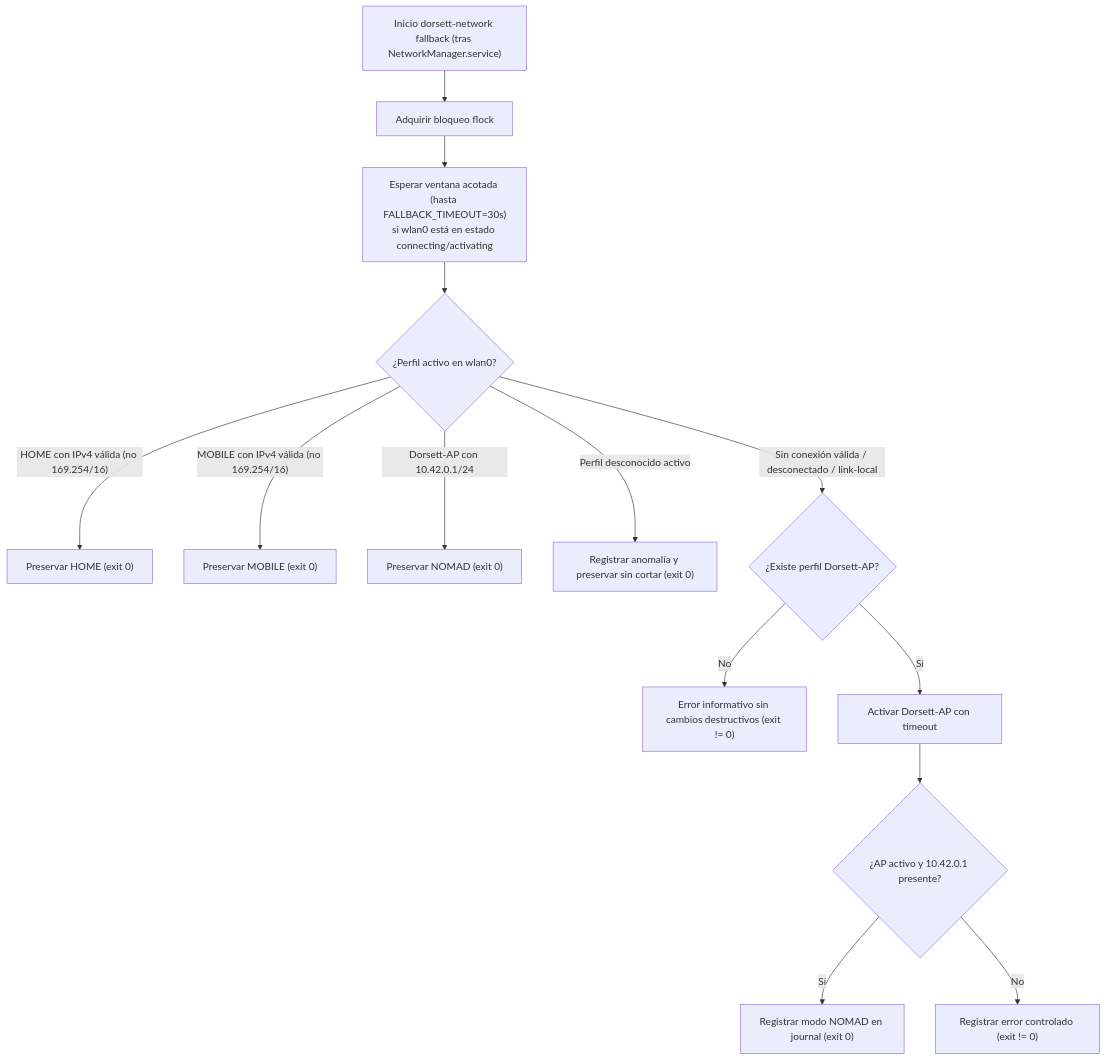
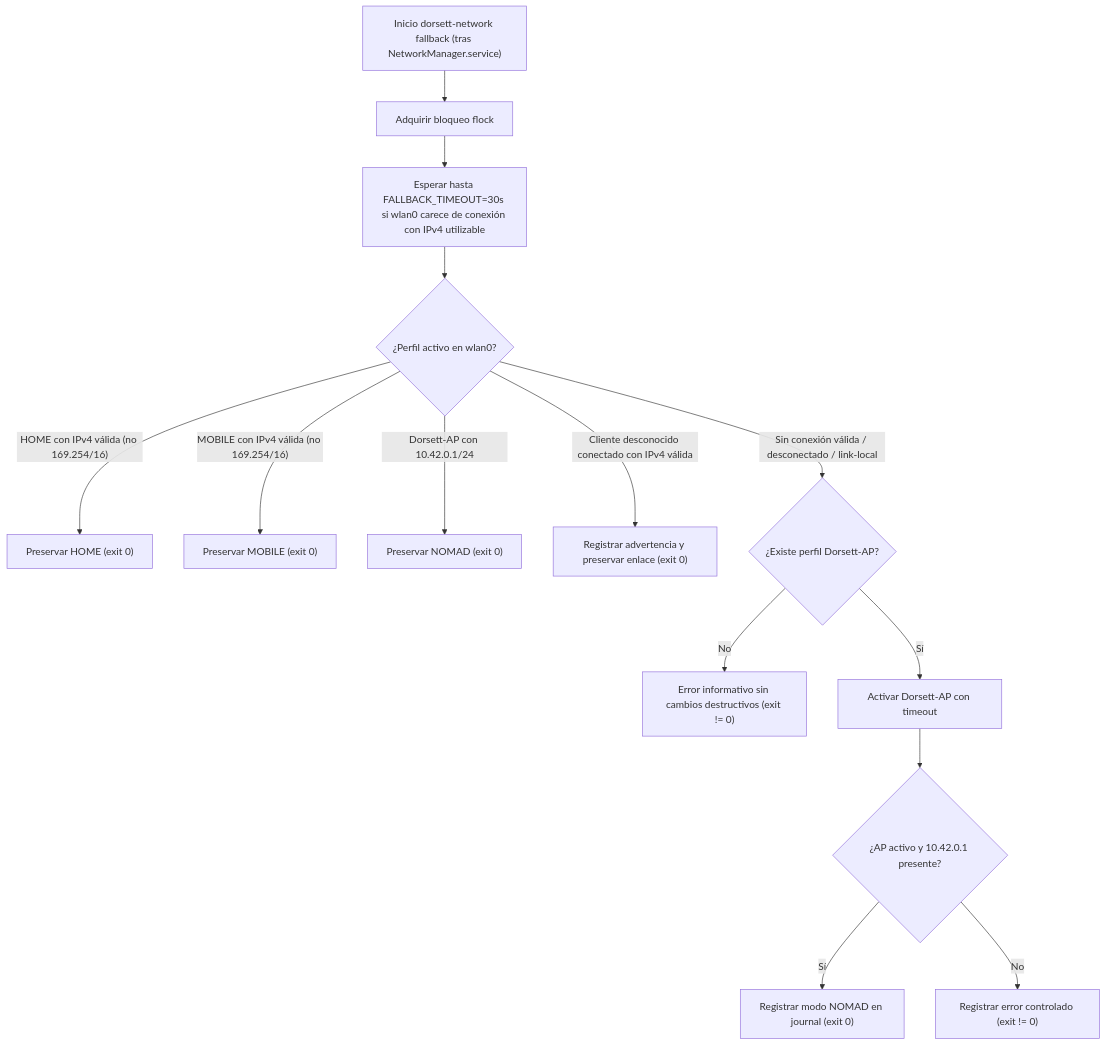
The diagram in docs/NETWORKING.md (QuasarPunk/dorsett-cyberdeck), drawn with Mermaid before and after one commit. The commit also changed other lines of this file and 10 other files, not shown here.

````diff
--- a/docs/NETWORKING.md
+++ b/docs/NETWORKING.md
@@ -102,16 +102,16 @@
 ```mermaid
 flowchart TD
     Start["Inicio dorsett-network fallback (tras NetworkManager.service)"] --> Lock["Adquirir bloqueo flock"]
-    Lock --> Loop["Esperar ventana acotada (hasta FALLBACK_TIMEOUT=30s)\nsi wlan0 está en estado connecting/activating"]
+    Lock --> Loop["Esperar hasta FALLBACK_TIMEOUT=30s si wlan0 carece de conexión con IPv4 utilizable"]
     Loop --> CheckActive{"¿Perfil activo en wlan0?"}
     CheckActive -- "HOME con IPv4 válida (no 169.254/16)" --> KeepHome["Preservar HOME (exit 0)"]
     CheckActive -- "MOBILE con IPv4 válida (no 169.254/16)" --> KeepMobile["Preservar MOBILE (exit 0)"]
     CheckActive -- "Dorsett-AP con 10.42.0.1/24" --> KeepNomad["Preservar NOMAD (exit 0)"]
-    CheckActive -- "Perfil desconocido activo" --> WarnUnknown["Registrar anomalía y preservar sin cortar (exit 0)"]
+    CheckActive -- "Cliente desconocido conectado con IPv4 válida" --> WarnUnknown["Registrar advertencia y preservar enlace (exit 0)"]
     CheckActive -- "Sin conexión válida / desconectado / link-local" --> CheckAP{"¿Existe perfil Dorsett-AP?"}
     CheckAP -- "No" --> ErrNoAP["Error informativo sin cambios destructivos (exit != 0)"]
     CheckAP -- "Sí" --> UpAP["Activar Dorsett-AP con timeout"]
     UpAP --> VerifyAP{"¿AP activo y 10.42.0.1 presente?"}
     VerifyAP -- "Sí" --> DoneAP["Registrar modo NOMAD en journal (exit 0)"]
     VerifyAP -- "No" --> ErrAP["Registrar error controlado (exit != 0)"]
 ```
````
